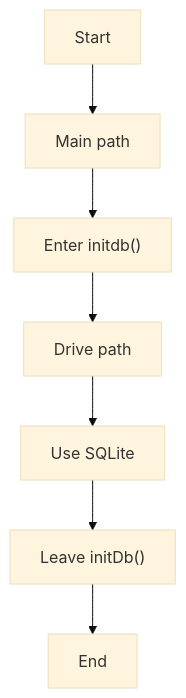
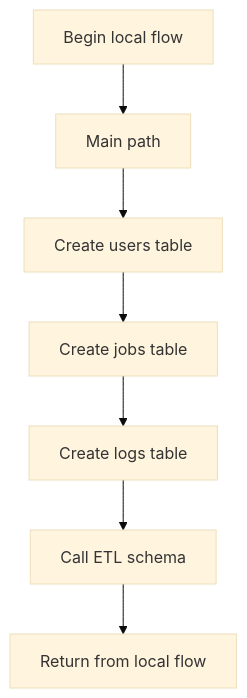
The first of 2 diagrams in docs/Codebase/Backend/src/db/initDb.js.md (JohnAndrewBalbarosa/NeoTerritory), drawn with Mermaid (base theme) before and after one commit. The commit also changed other lines of this file and 925 other files, not shown here.

````diff
--- a/docs/Codebase/Backend/src/db/initDb.js.md
+++ b/docs/Codebase/Backend/src/db/initDb.js.md
@@ -22,16 +21,16 @@
 ```mermaid
 flowchart TD
-    Start["Start"]
+    Start["Begin local flow"]
     N0["Main path"]
-    N1["Enter initdb()"]
-    N2["Drive path"]
-    N3["Use SQLite"]
-    N4["Leave initDb()"]
-    End["End"]
+    N1["Create users table"]
+    N2["Create jobs table"]
+    N3["Create logs table"]
+    N4["Call ETL schema"]
+    End["Return from local flow"]
     Start --> N0
     N0 --> N1
     N1 --> N2
     N2 --> N3
     N3 --> N4
     N4 --> End
 ```
````
